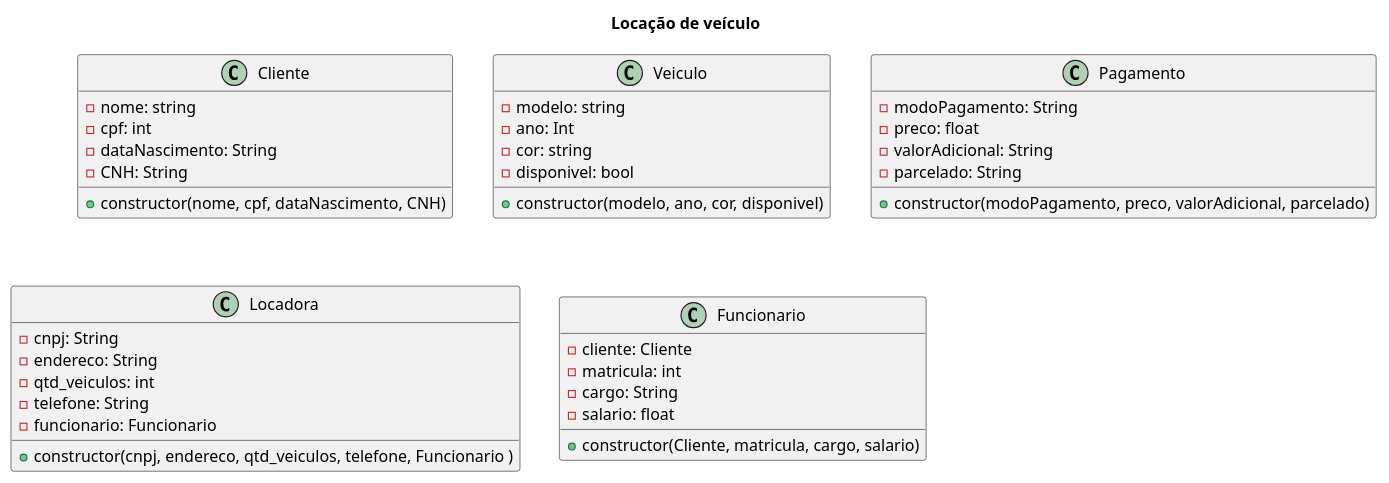
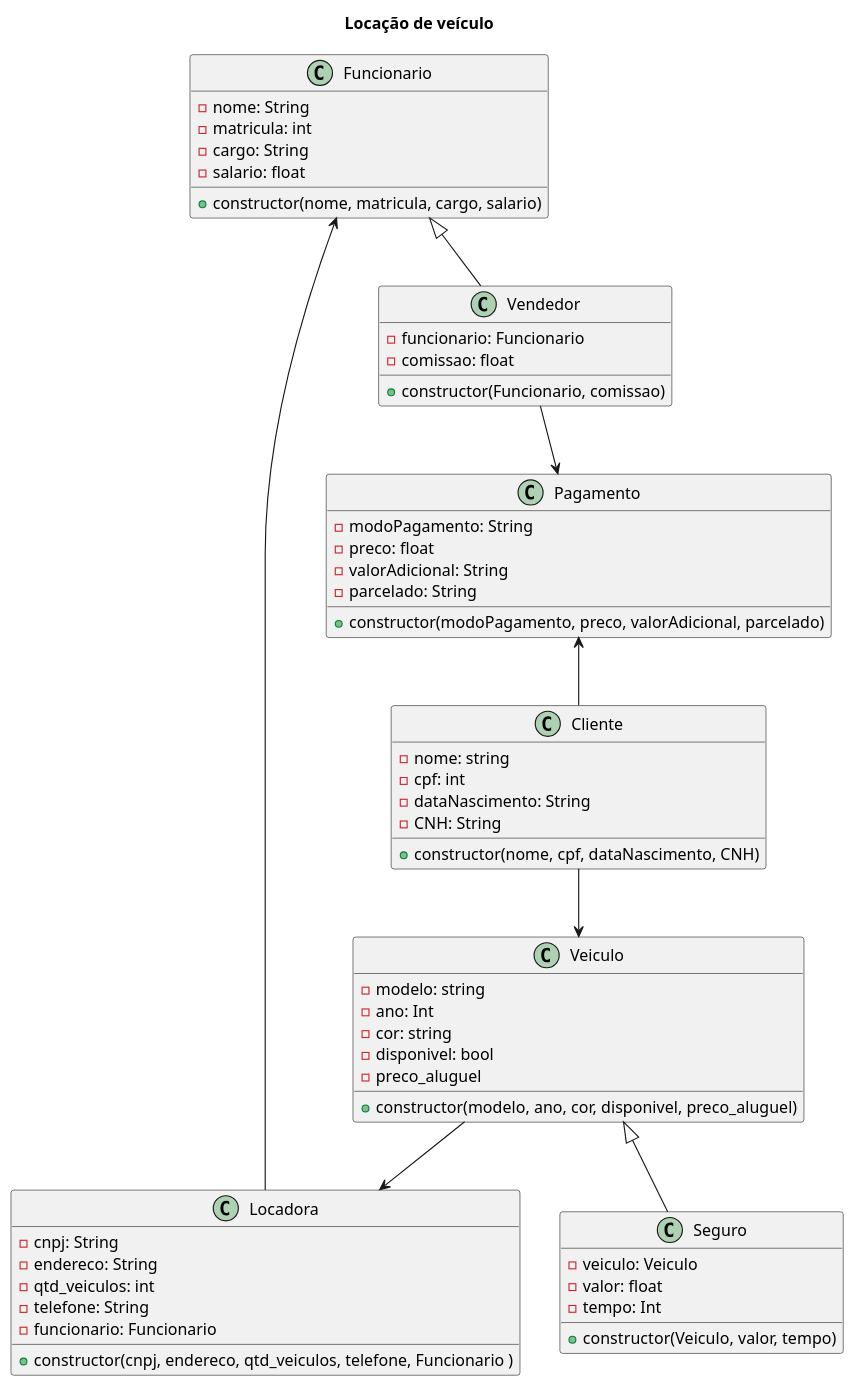
One commit to anleaes/2022-1-N2-POO-02 changed the diagram in modelo.plantuml. Above: the diagram before and after it, drawn with PlantUML.

```diff
--- a/modelo.plantuml
+++ b/modelo.plantuml
@@ -1,49 +1,71 @@
 @startuml Locacao de veículo
 
 title Locação de veículo
 
 class Cliente{
     - nome: string
     - cpf: int
     - dataNascimento: String
     - CNH: String
     + constructor(nome, cpf, dataNascimento, CNH)
 }
 
 class Veiculo{
     - modelo: string
     - ano: Int
     - cor: string
     - disponivel: bool
-    + constructor(modelo, ano, cor, disponivel)
+    - preco_aluguel
+    + constructor(modelo, ano, cor, disponivel, preco_aluguel)
 }
 
 class Pagamento{
     - modoPagamento: String
     - preco: float
     - valorAdicional: String
     - parcelado: String
     + constructor(modoPagamento, preco, valorAdicional, parcelado)
 }
 
 class Locadora{
     - cnpj: String
     - endereco: String
     - qtd_veiculos: int
     - telefone: String
     - funcionario: Funcionario
     + constructor(cnpj, endereco, qtd_veiculos, telefone, Funcionario )
 }
 
 class Funcionario{
-    - cliente: Cliente
+    - nome: String
     - matricula: int
     - cargo: String
     - salario: float
-    + constructor(Cliente, matricula, cargo, salario)
+    + constructor(nome, matricula, cargo, salario)
 
 }
+
+class Vendedor{
+    - funcionario: Funcionario
+    - comissao: float
+    + constructor(Funcionario, comissao)
+}
+
+class Seguro{
+    - veiculo: Veiculo
+    - valor: float
+    - tempo: Int
+    + constructor(Veiculo, valor, tempo)
+}
+
+Cliente --> Veiculo
+Funcionario <|-- Vendedor
+Veiculo <|-- Seguro
+Veiculo --> Locadora
+Pagamento <-- Cliente
+Funcionario <-- Locadora
+Vendedor --> Pagamento
 
 
 
 @enduml
```
